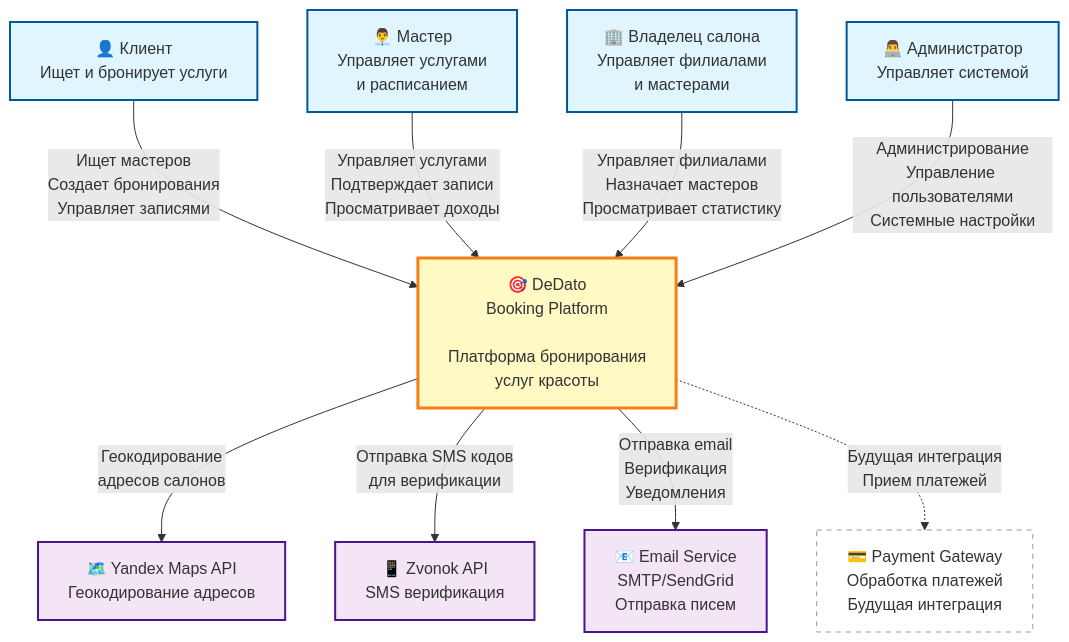
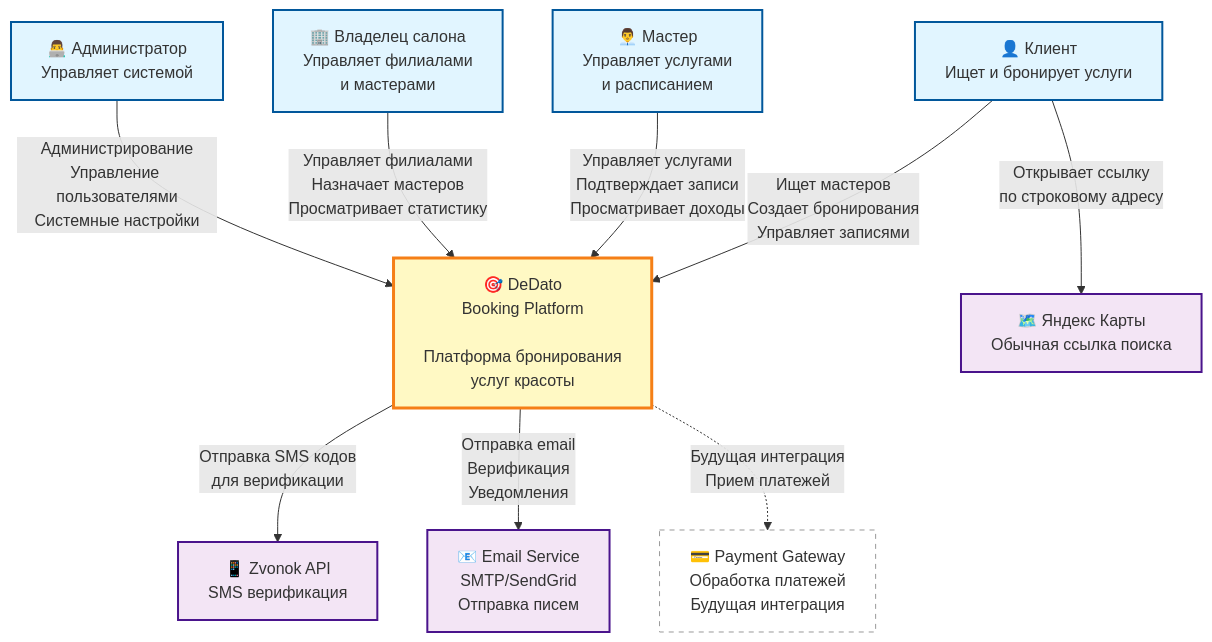
One commit to Cappie92/bookme changed the diagram in docs/c4/01-context.md. Above: the diagram before and after it, drawn with Mermaid. The commit also changed other lines of this file and 75 other files, not shown here.

````diff
--- a/docs/c4/01-context.md
+++ b/docs/c4/01-context.md
@@ -9,40 +9,40 @@
 ```mermaid
 graph TB
     %% Актеры
     Client[👤 Клиент<br/>Ищет и бронирует услуги]
     Master[👨‍💼 Мастер<br/>Управляет услугами<br/>и расписанием]
     Salon[🏢 Владелец салона<br/>Управляет филиалами<br/>и мастерами]
     Admin[👨‍💻 Администратор<br/>Управляет системой]
     
     %% Главная система
     DeDato[🎯 DeDato<br/>Booking Platform<br/><br/>Платформа бронирования<br/>услуг красоты]
     
     %% Внешние системы
-    Yandex[🗺️ Yandex Maps API<br/>Геокодирование адресов]
+    Yandex[🗺️ Яндекс Карты<br/>Обычная ссылка поиска]
     Zvonok[📱 Zvonok API<br/>SMS верификация]
     Email[📧 Email Service<br/>SMTP/SendGrid<br/>Отправка писем]
     Payment[💳 Payment Gateway<br/>Обработка платежей<br/>Будущая интеграция]
     
     %% Связи: Актеры -> Система
     Client -->|Ищет мастеров<br/>Создает бронирования<br/>Управляет записями| DeDato
     Master -->|Управляет услугами<br/>Подтверждает записи<br/>Просматривает доходы| DeDato
     Salon -->|Управляет филиалами<br/>Назначает мастеров<br/>Просматривает статистику| DeDato
     Admin -->|Администрирование<br/>Управление пользователями<br/>Системные настройки| DeDato
     
     %% Связи: Система -> Внешние сервисы
-    DeDato -->|Геокодирование<br/>адресов салонов| Yandex
+    Client -->|Открывает ссылку<br/>по строковому адресу| Yandex
     DeDato -->|Отправка SMS кодов<br/>для верификации| Zvonok
     DeDato -->|Отправка email<br/>Верификация<br/>Уведомления| Email
     DeDato -.->|Будущая интеграция<br/>Прием платежей| Payment
     
     %% Стили
     classDef actor fill:#e1f5ff,stroke:#01579b,stroke-width:2px
     classDef system fill:#fff9c4,stroke:#f57f17,stroke-width:3px
     classDef external fill:#f3e5f5,stroke:#4a148c,stroke-width:2px
     classDef future fill:#fff,stroke:#999,stroke-width:1px,stroke-dasharray: 5 5
     
     class Client,Master,Salon,Admin actor
     class DeDato system
     class Yandex,Zvonok,Email external
     class Payment future
 ```
````
